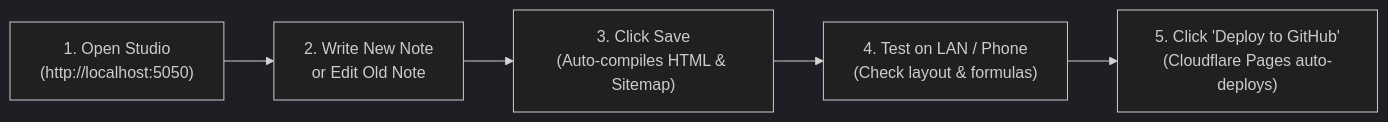
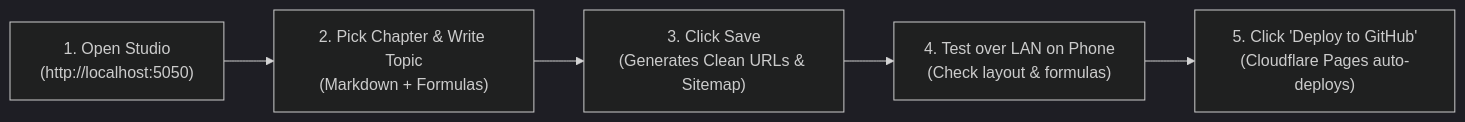
One commit to mybusyness-commits/shortnotes changed the diagram in README.md. Above: the diagram before and after it, drawn with Mermaid (dark theme). The commit also changed other lines of this file, not shown here.

Commit message:
Update documentation with Chapter-Wise hierarchy, Clean URLs, and multi-network ad platform

````diff
--- a/README.md
+++ b/README.md
@@ -53,7 +62,7 @@
 ```mermaid
 flowchart LR
-    A["1. Open Studio\n(http://localhost:5050)"] --> B["2. Write New Note\nor Edit Old Note"]
-    B --> C["3. Click Save\n(Auto-compiles HTML & Sitemap)"]
-    C --> D["4. Test on LAN / Phone\n(Check layout & formulas)"]
+    A["1. Open Studio\n(http://localhost:5050)"] --> B["2. Pick Chapter & Write Topic\n(Markdown + Formulas)"]
+    B --> C["3. Click Save\n(Generates Clean URLs & Sitemap)"]
+    C --> D["4. Test over LAN on Phone\n(Check layout & formulas)"]
     D --> E["5. Click 'Deploy to GitHub'\n(Cloudflare Pages auto-deploys)"]
 ```
````
